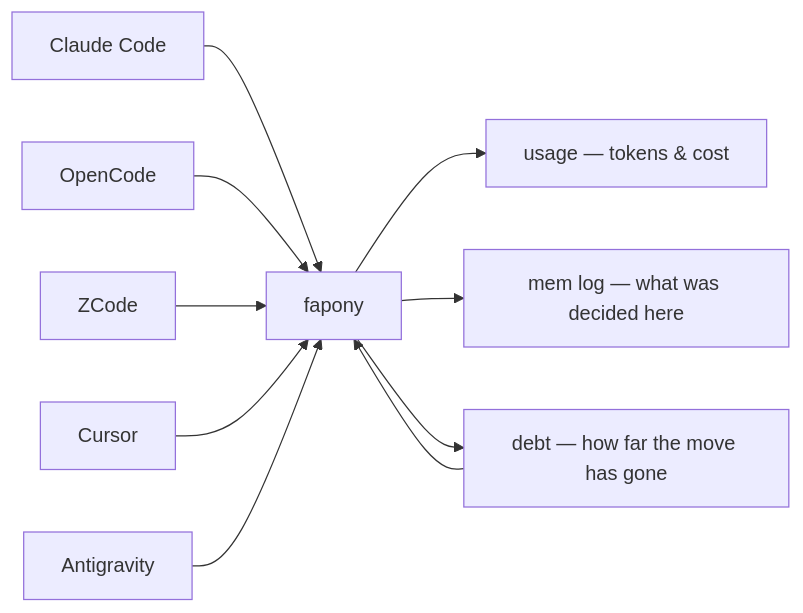
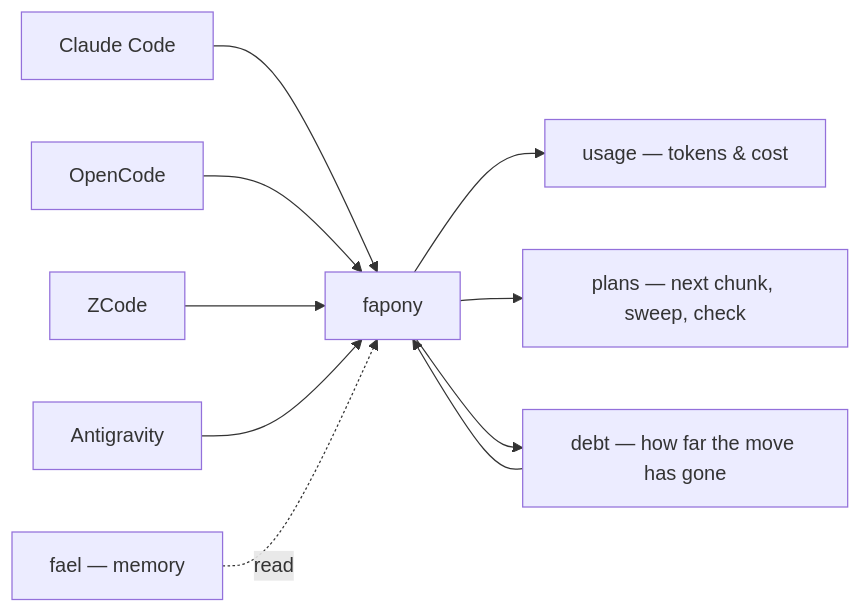
One commit to inonix-dev/fapony changed the diagram in README.md. Above: the diagram before and after it, drawn with Mermaid. The commit also changed other lines of this file and 11 other files, not shown here.

First line of the commit message:
docs: fapony = plans + debt + usage; memory is fael's

````diff
--- a/README.md
+++ b/README.md
@@ -60,12 +63,12 @@
 ```mermaid
 flowchart LR
     A[Claude Code] --> F[fapony]
     B[OpenCode] --> F
     C[ZCode] --> F
     D[Codex] --> F
-    E[Cursor] --> F
     G[Antigravity] --> F
     F --> U[usage — tokens & cost]
-    F --> M[mem log — what was decided here]
+    F --> P[plans — next chunk, sweep, check]
     F --> D[debt — how far the move has gone]
+    X[fael — memory] -.read.-> F
 ```
````
